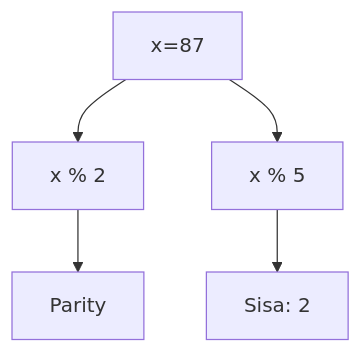
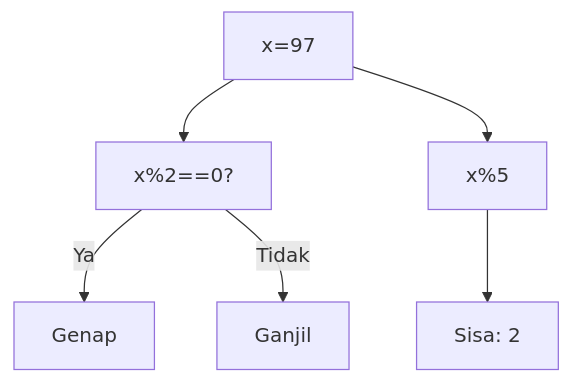
Before and after one commit to amnahwaida/OSNK_INF_PREP: the second of 25 diagrams in part-c-pemahaman-cpp/01-tipe-data/latihan/set-05.md, drawn with Mermaid. The commit also changed other lines of this file and 71 other files, not shown here.

Commit message:
Fixed Mermaid syntax lexical errors with quoted labels in 1,800 questions

````diff
--- a/part-c-pemahaman-cpp/01-tipe-data/latihan/set-05.md
+++ b/part-c-pemahaman-cpp/01-tipe-data/latihan/set-05.md
@@ -54,7 +55,8 @@
 ```mermaid
 graph TD
-A[x=87] --> B[x % 2]
-B --> C[Parity]
-A --> D[x % 5]
-D --> E[Sisa: 2]
+A["x=97"] --> B["x%2==0?"]
+B -- Ya --> C["Genap"]
+B -- Tidak --> D["Ganjil"]
+A --> E["x%5"]
+E --> F["Sisa: 2"]
 ```
````
